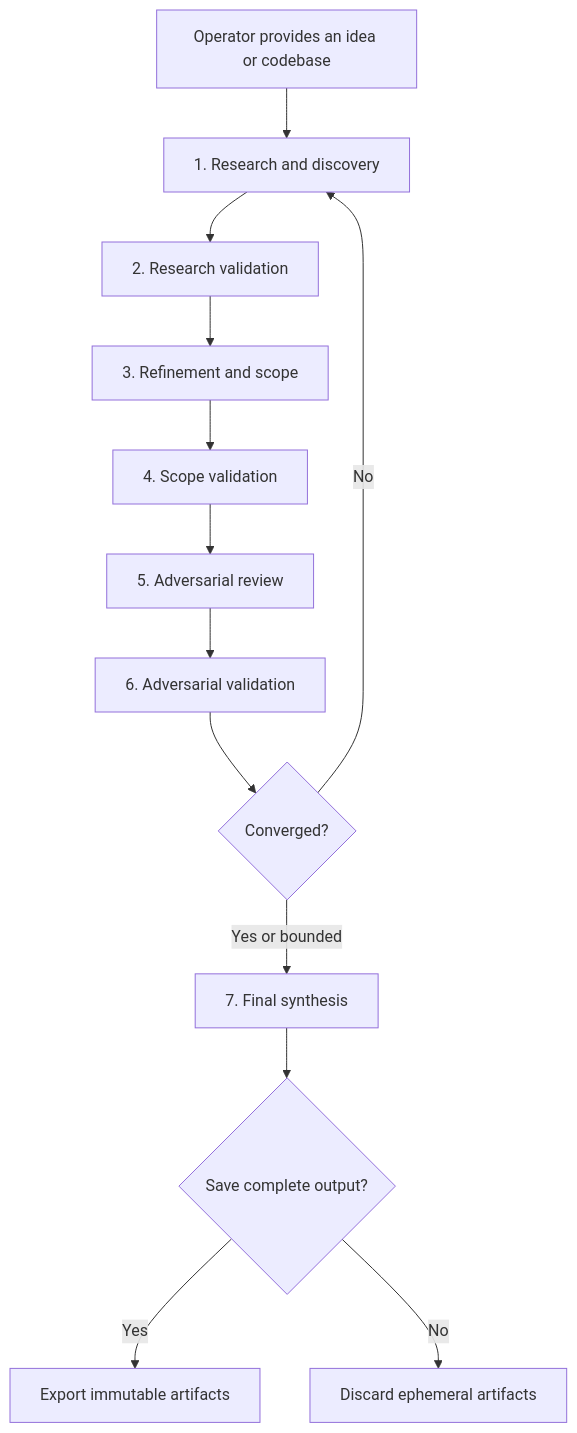
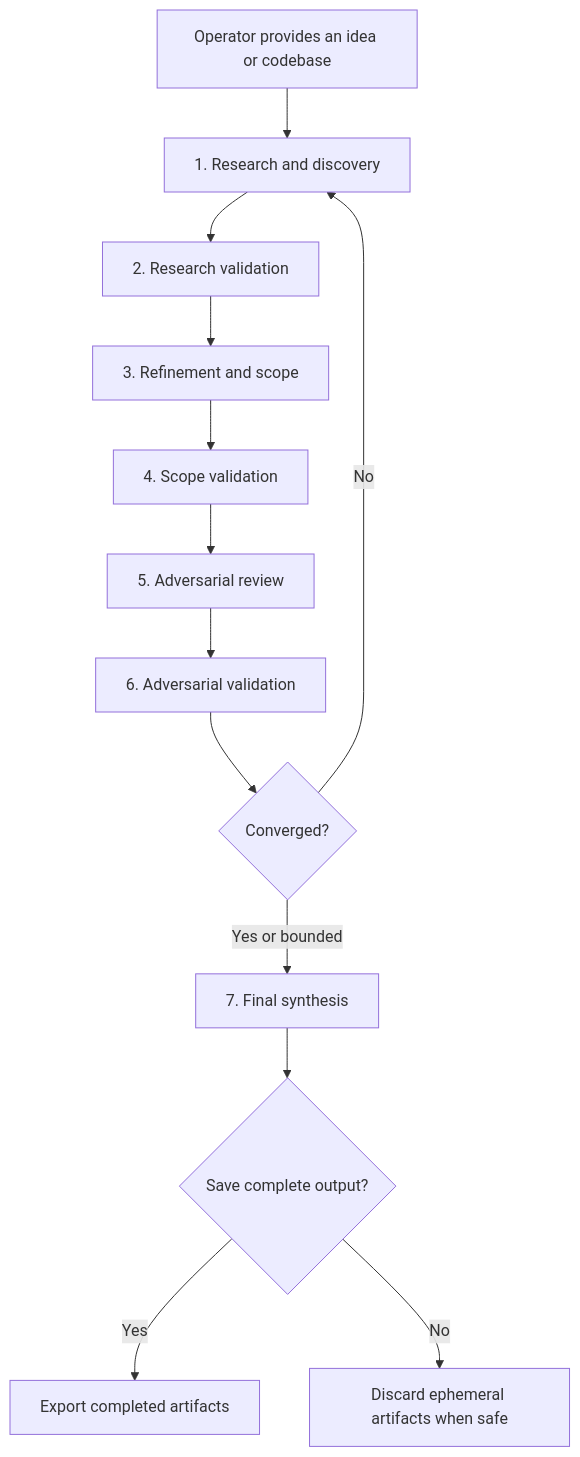
One commit to nsbradley88/level-up changed the diagram in README.md. Above: the diagram before and after it, drawn with Mermaid. The commit also changed other lines of this file and 2 other files, not shown here.

````diff
--- a/README.md
+++ b/README.md
@@ -42,15 +50,15 @@
 ```mermaid
 flowchart TD
     A[Operator provides an idea or codebase] --> P1
     P1[1. Research and discovery] --> P2
     P2[2. Research validation] --> P3
     P3[3. Refinement and scope] --> P4
     P4[4. Scope validation] --> P5
     P5[5. Adversarial review] --> P6
     P6[6. Adversarial validation] --> C{Converged?}
     C -- No --> P1
     C -- Yes or bounded --> P7[7. Final synthesis]
     P7 --> S{Save complete output?}
-    S -- Yes --> E[Export immutable artifacts]
-    S -- No --> D[Discard ephemeral artifacts]
+    S -- Yes --> E[Export completed artifacts]
+    S -- No --> D[Discard ephemeral artifacts when safe]
 ```
````
